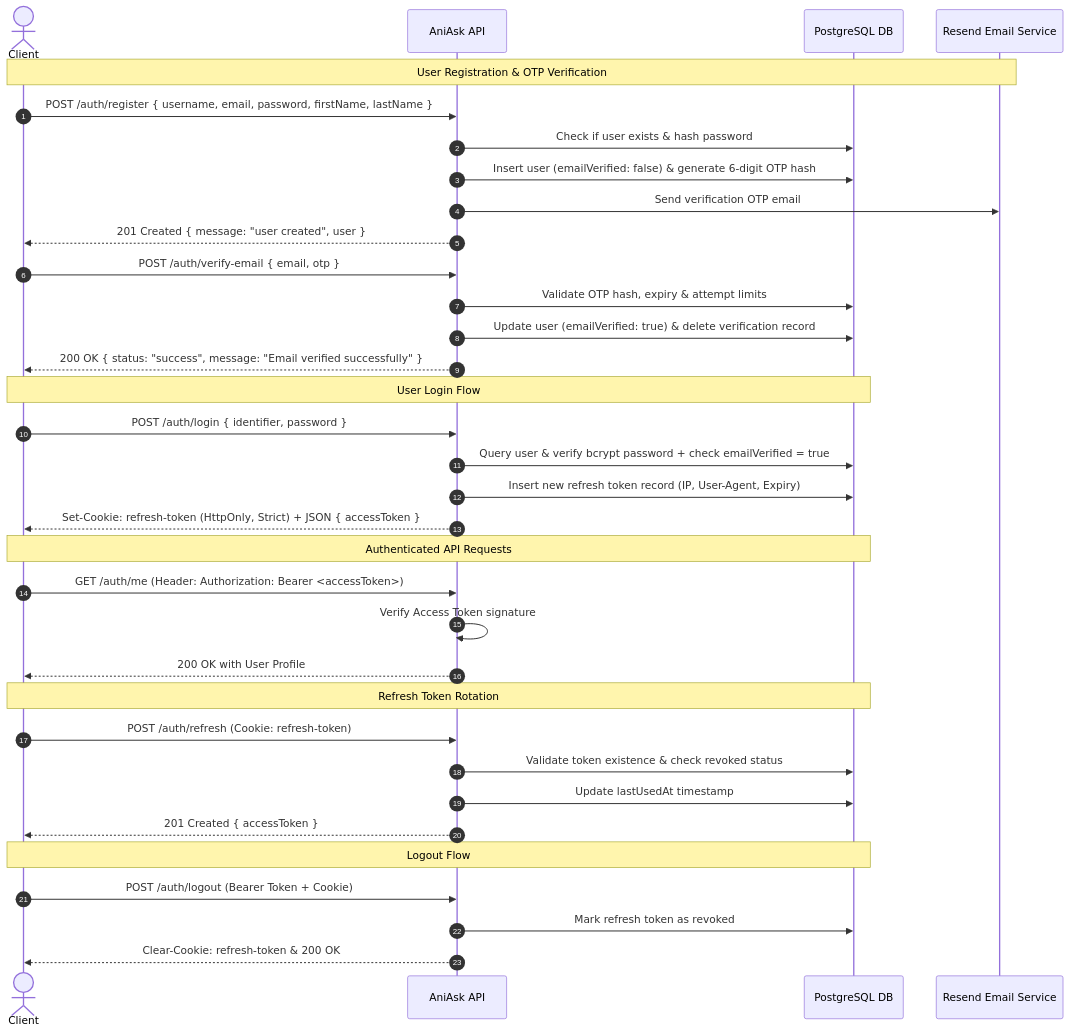
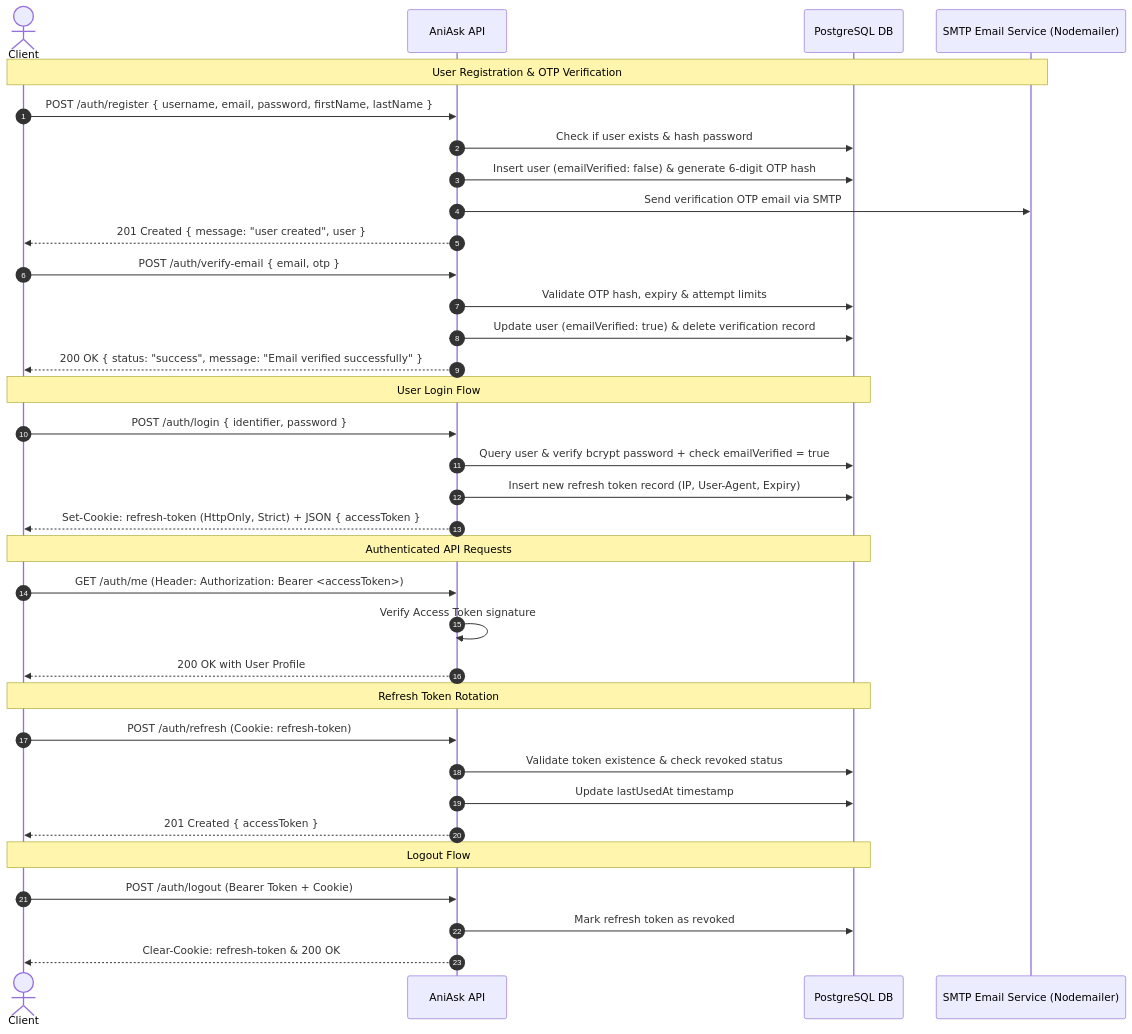
One commit to AhmedMohamady1/AniAsk changed the diagram in backend/README.md. Above: the diagram before and after it, drawn with Mermaid. The commit also changed other lines of this file and 1 other file, not shown here.

Commit message:
feat(email): migrate email service from Resend to Nodemailer with SMTP configuration

````diff
--- a/backend/README.md
+++ b/backend/README.md
@@ -89,42 +89,42 @@
 ```mermaid
 sequenceDiagram
     autonumber
     actor Client
     participant API as AniAsk API
     participant DB as PostgreSQL DB
-    participant Email as Resend Email Service
+    participant Email as SMTP Email Service (Nodemailer)
 
     Note over Client,Email: User Registration & OTP Verification
     Client->>API: POST /auth/register { username, email, password, firstName, lastName }
     API->>DB: Check if user exists & hash password
     API->>DB: Insert user (emailVerified: false) & generate 6-digit OTP hash
-    API->>Email: Send verification OTP email
+    API->>Email: Send verification OTP email via SMTP
     API-->>Client: 201 Created { message: "user created", user }
 
     Client->>API: POST /auth/verify-email { email, otp }
     API->>DB: Validate OTP hash, expiry & attempt limits
     API->>DB: Update user (emailVerified: true) & delete verification record
     API-->>Client: 200 OK { status: "success", message: "Email verified successfully" }
 
     Note over Client,DB: User Login Flow
     Client->>API: POST /auth/login { identifier, password }
     API->>DB: Query user & verify bcrypt password + check emailVerified = true
     API->>DB: Insert new refresh token record (IP, User-Agent, Expiry)
     API-->>Client: Set-Cookie: refresh-token (HttpOnly, Strict) + JSON { accessToken }
 
     Note over Client,DB: Authenticated API Requests
     Client->>API: GET /auth/me (Header: Authorization: Bearer <accessToken>)
     API->>API: Verify Access Token signature
     API-->>Client: 200 OK with User Profile
 
     Note over Client,DB: Refresh Token Rotation
     Client->>API: POST /auth/refresh (Cookie: refresh-token)
     API->>DB: Validate token existence & check revoked status
     API->>DB: Update lastUsedAt timestamp
     API-->>Client: 201 Created { accessToken }
 
     Note over Client,DB: Logout Flow
     Client->>API: POST /auth/logout (Bearer Token + Cookie)
     API->>DB: Mark refresh token as revoked
     API-->>Client: Clear-Cookie: refresh-token & 200 OK
 ```
````
